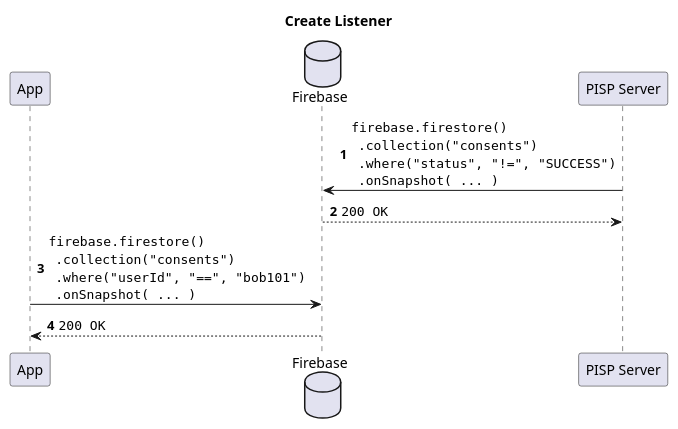
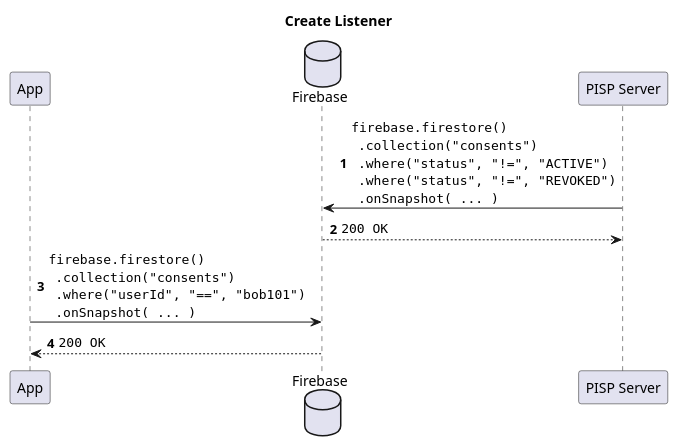
One commit to mojaloop/contrib-pisp-demo-svc changed the diagram in docs/assets/diagrams/linking/1-create-listener.puml. Above: the diagram before and after it, drawn with PlantUML. The commit also changed 5 other files, not shown here.

```diff
--- a/docs/assets/diagrams/linking/1-create-listener.puml
+++ b/docs/assets/diagrams/linking/1-create-listener.puml
@@ -1,21 +1,22 @@
 @startuml
 title Create Listener
 
 autonumber
 participant App
 database Firebase
 participant "PISP Server" as PISP
 
 PISP -> Firebase: ""firebase.firestore()""\n\
   "".collection("consents")""\n\
-  "".where("status", "!=", "SUCCESS")""\n\
+  "".where("status", "!=", "ACTIVE")""\n\
+  "".where("status", "!=", "REVOKED")""\n\
   "".onSnapshot( ... )""
 return ""200 OK""
 
 App -> Firebase: ""firebase.firestore()""\n\
   "".collection("consents")""\n\
   "".where("userId", "==", "bob101")""\n\
   "".onSnapshot( ... )""
 return ""200 OK""
 
 @enduml
```
